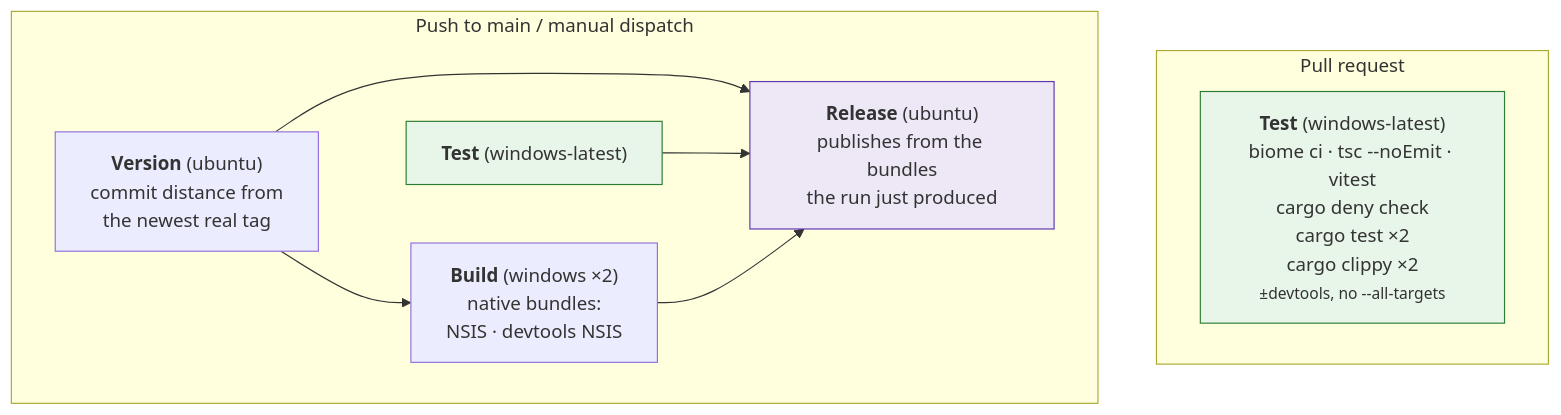
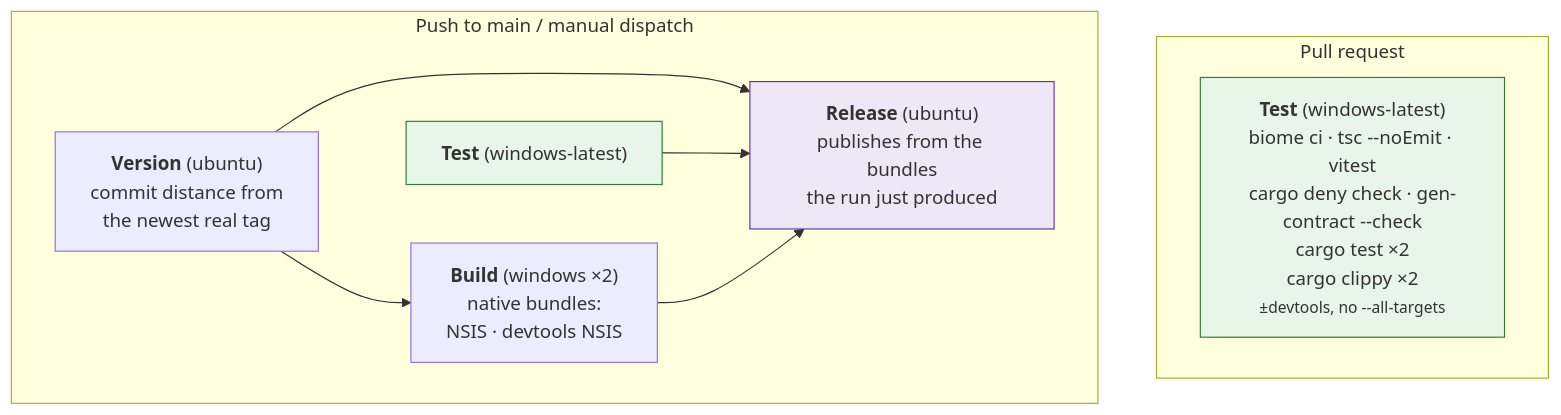
The first of 3 diagrams in docs/ci-and-releases.md (NinjaGoldfinch/ninja-recorder), drawn with Mermaid before and after one commit. The commit also changed other lines of this file and 15 other files, not shown here.

````diff
--- a/docs/ci-and-releases.md
+++ b/docs/ci-and-releases.md
@@ -14,19 +14,19 @@
 ```mermaid
 flowchart TB
     subgraph PR["Pull request"]
-        T1["<b>Test</b> (windows-latest)<br/>biome ci · tsc --noEmit · vitest<br/>cargo deny check<br/>cargo test ×2<br/>cargo clippy ×2<br/><small>±devtools, no --all-targets</small>"]
+        T1["<b>Test</b> (windows-latest)<br/>biome ci · tsc --noEmit · vitest<br/>cargo deny check · gen-contract --check<br/>cargo test ×2<br/>cargo clippy ×2<br/><small>±devtools, no --all-targets</small>"]
     end
     subgraph MAIN["Push to main / manual dispatch"]
         T["<b>Test</b> (windows-latest)"]
         V["<b>Version</b> (ubuntu)<br/>commit distance from<br/>the newest real tag"]
         B["<b>Build</b> (windows ×2)<br/>native bundles:<br/>NSIS · devtools NSIS"]
         R["<b>Release</b> (ubuntu)<br/>publishes from the bundles<br/>the run just produced"]
         V --> B
         V --> R
         T --> R
         B --> R
     end
     style T1 fill:#e8f5e9,stroke:#2e7d32
     style T fill:#e8f5e9,stroke:#2e7d32
     style R fill:#ede7f6,stroke:#5e35b1
 ```
````
